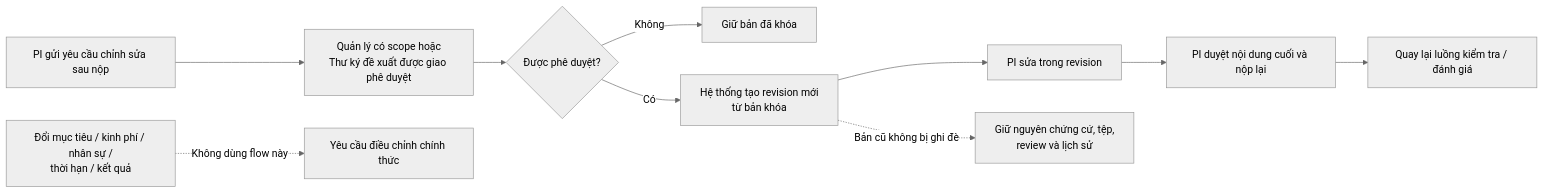
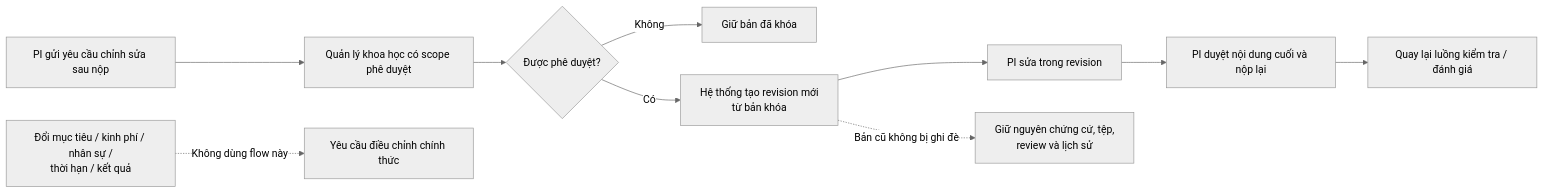
The fifth of 10 diagrams in docs/user-flows.md (thanhdotien278/DocManS), drawn with Mermaid (neutral theme) before and after one commit. The commit also changed other lines of this file and 66 other files, not shown here.

````diff
--- a/docs/user-flows.md
+++ b/docs/user-flows.md
@@ -154,12 +155,12 @@
 ```mermaid
 flowchart LR
-  pi_req["PI gửi yêu cầu chỉnh sửa sau nộp"] --> staff_approval["Quản lý có scope hoặc<br/>Thư ký đề xuất được giao phê duyệt"]
+  pi_req["PI gửi yêu cầu chỉnh sửa sau nộp"] --> staff_approval["Quản lý khoa học có scope phê duyệt"]
   staff_approval --> approved_edit{"Được phê duyệt?"}
   approved_edit -- "Không" --> keep["Giữ bản đã khóa"]
   approved_edit -- "Có" --> revision["Hệ thống tạo revision mới<br/>từ bản khóa"]
   revision --> pi_edit["PI sửa trong revision"]
   pi_edit --> pi_submit["PI duyệt nội dung cuối và nộp lại"]
   pi_submit --> review_again["Quay lại luồng kiểm tra / đánh giá"]
   revision -. "Bản cũ không bị ghi đè" .-> immutable["Giữ nguyên chứng cứ, tệp,<br/>review và lịch sử"]
   substantive["Đổi mục tiêu / kinh phí / nhân sự /<br/>thời hạn / kết quả"] -. "Không dùng flow này" .-> formal["Yêu cầu điều chỉnh chính thức"]
 ```
````
